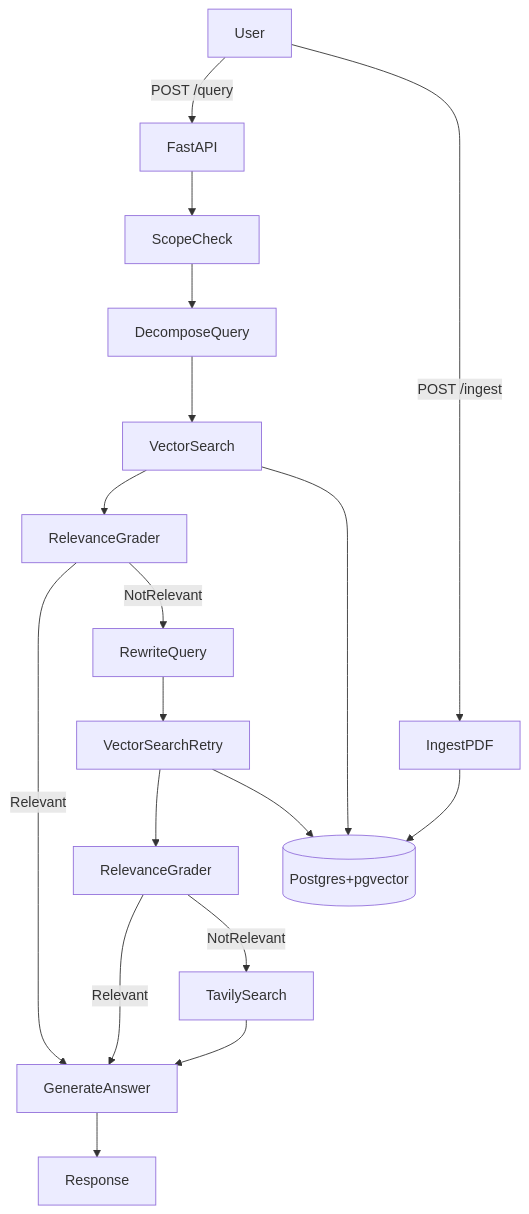
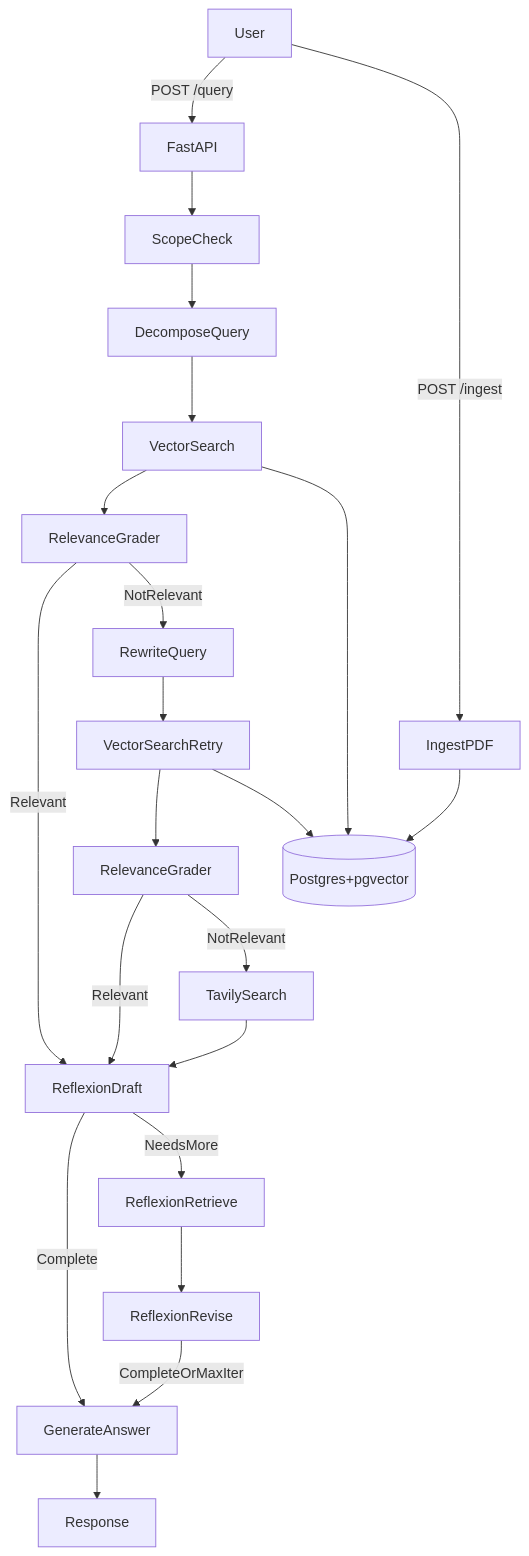
Before and after one commit to KonstantinKonov/PageRAG: the diagram in README.md, drawn with Mermaid. The commit also changed other lines of this file and 4 other files, not shown here.

````diff
--- a/README.md
+++ b/README.md
@@ -13,21 +14,25 @@
 ```mermaid
 flowchart TD
     User[User] -->|"POST /query"| API[FastAPI]
     API --> Scope[ScopeCheck]
     Scope --> Decompose[DecomposeQuery]
     Decompose --> Retrieve[VectorSearch]
     Retrieve --> Grade[RelevanceGrader]
-    Grade -->|Relevant| Answer[GenerateAnswer]
+    Grade -->|Relevant| Reflexion[ReflexionDraft]
     Grade -->|NotRelevant| Rewrite[RewriteQuery]
     Rewrite --> Retry[VectorSearchRetry]
     Retry --> Grade2[RelevanceGrader]
-    Grade2 -->|Relevant| Answer
+    Grade2 -->|Relevant| Reflexion
     Grade2 -->|NotRelevant| Web[TavilySearch]
-    Web --> Answer
+    Web --> Reflexion
+    Reflexion -->|Complete| Answer[GenerateAnswer]
+    Reflexion -->|NeedsMore| ReflexionRetrieve[ReflexionRetrieve]
+    ReflexionRetrieve --> ReflexionRevise[ReflexionRevise]
+    ReflexionRevise -->|CompleteOrMaxIter| Answer
     Answer --> Response[Response]
 
     User -->|"POST /ingest"| Ingest[IngestPDF]
     Ingest --> Pg[(Postgres+pgvector)]
     Retrieve --> Pg
     Retry --> Pg
 ```
````
